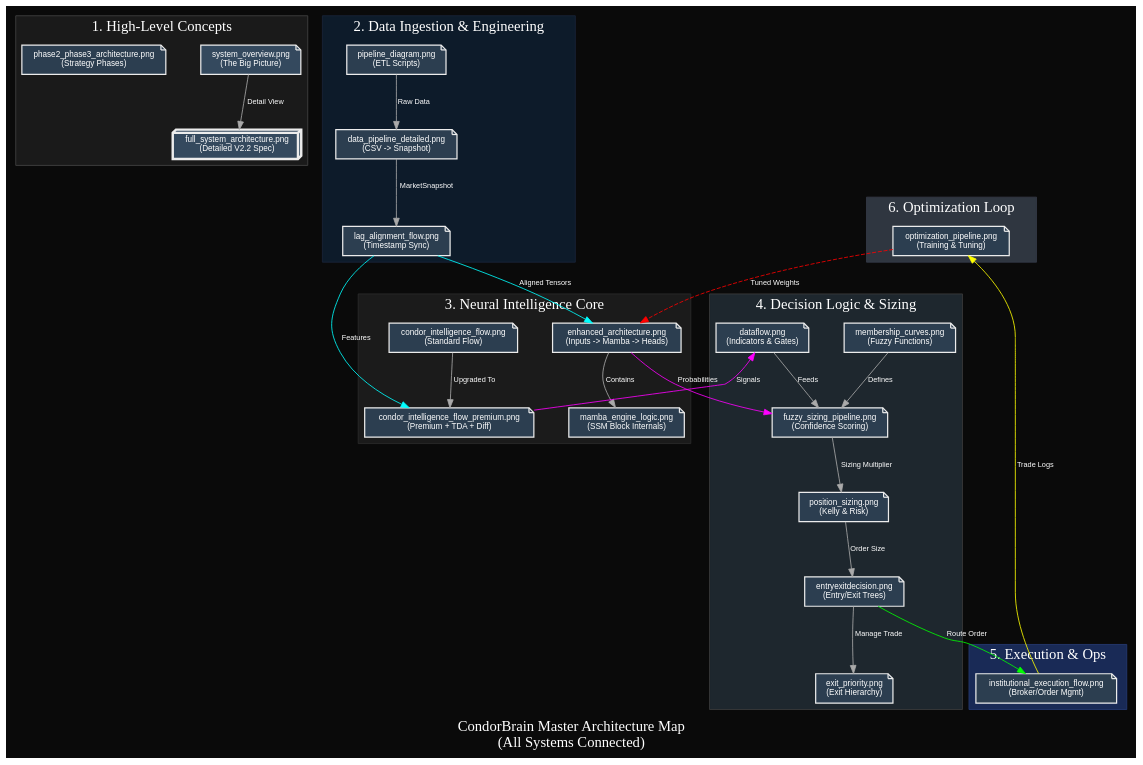
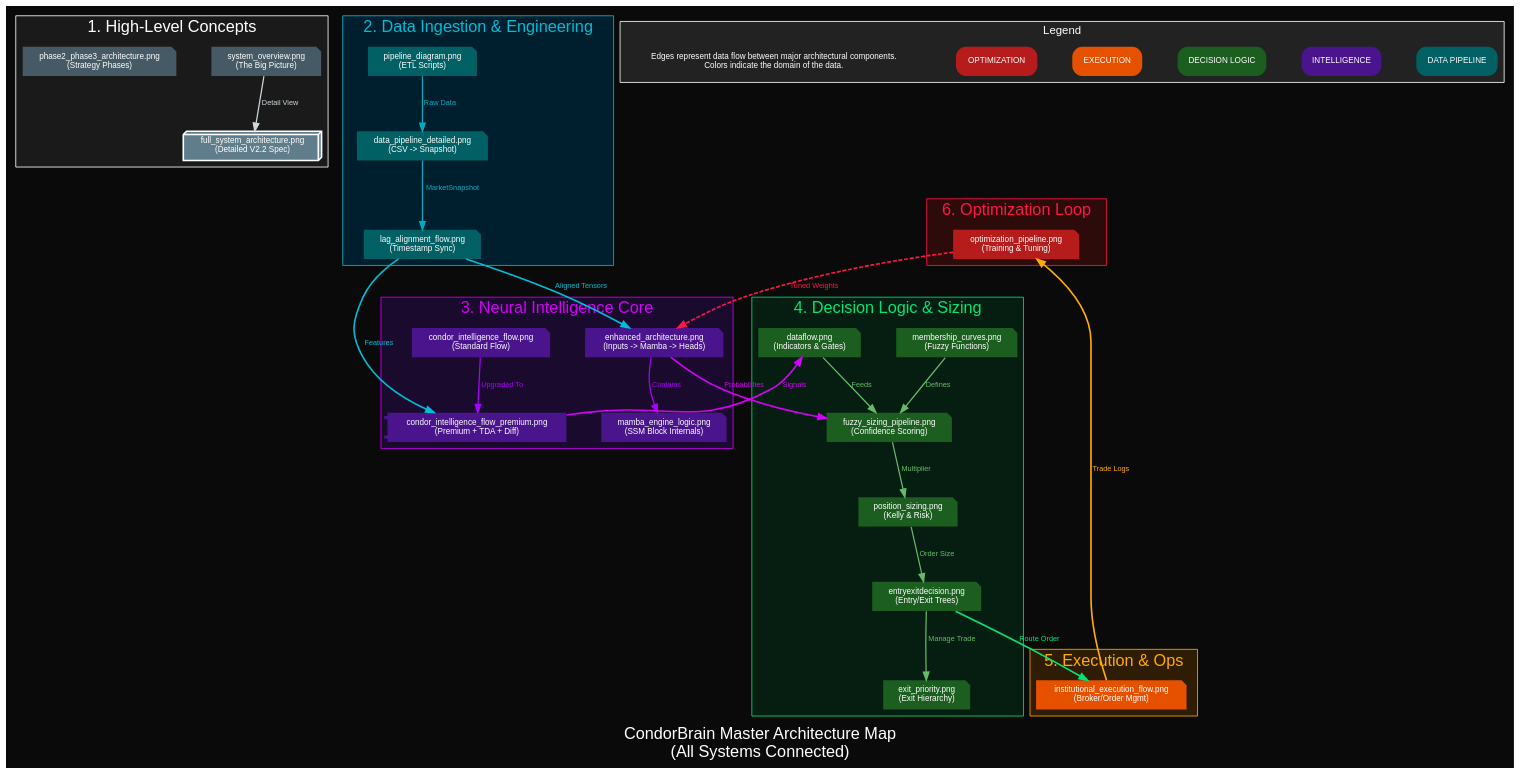
One commit to trextrader/spy-iron-condor-trading changed the diagram in docs/architecture/diagram_map.dot. Above: the diagram before and after it, drawn with Graphviz. The commit also changed 1 other file, not shown here.

Commit message:
Enhance Diagram Map with Color Coding and Legend

```diff
--- a/docs/architecture/diagram_map.dot
+++ b/docs/architecture/diagram_map.dot
@@ -1,144 +1,174 @@
 digraph DiagramMap {
     rankdir=TB;
     compound=true;
     nodesep=0.6;
     ranksep=0.8;
     bgcolor="#0a0a0a";
+    fontname="Helvetica";
     
     // Global Styling
-    node [shape=note, fontname="Helvetica", fontsize=10, style=filled, fillcolor="#2c3e50", fontcolor="white", color="#ececec", penwidth=1.5];
-    edge [fontname="Helvetica", fontsize=9, color="#aaaaaa", fontcolor="white"];
+    node [shape=note, fontname="Helvetica", fontsize=10, style="filled,rounded", fontcolor="white", penwidth=0, margin="0.2,0.1"];
+    edge [fontname="Helvetica", fontsize=9, penwidth=1.5];
     
     label = "CondorBrain Master Architecture Map\n(All Systems Connected)";
     fontcolor="white";
-    fontsize=18;
+    fontsize=20;
     
     // =========================================================================
-    // 1. HIGH-LEVEL OVERVIEW
+    // 1. HIGH-LEVEL OVERVIEW (White/Gray)
     // =========================================================================
     subgraph cluster_overview {
         label = "1. High-Level Concepts";
         style = filled;
         fillcolor = "#1a1a1a";
-        color = "#444444";
+        color = "#ffffff";
         fontcolor = "white";
         
-        d_sys_overview [label="system_overview.png\n(The Big Picture)", href="system_overview.png", fillcolor="#34495e"];
-        d_full [label="full_system_architecture.png\n(Detailed V2.2 Spec)", href="full_system_architecture.png", fillcolor="#34495e", shape=box3d, penwidth=3];
+        d_sys_overview [label="system_overview.png\n(The Big Picture)", href="system_overview.png", fillcolor="#455a64"];
+        d_full [label="full_system_architecture.png\n(Detailed V2.2 Spec)", href="full_system_architecture.png", fillcolor="#607d8b", shape=box3d, penwidth=2, color="white"];
+        d_phase23 [label="phase2_phase3_architecture.png\n(Strategy Phases)", href="phase2_phase3_architecture.png", fillcolor="#455a64"];
         
-        d_phase23 [label="phase2_phase3_architecture.png\n(Strategy Phases)", href="phase2_phase3_architecture.png"];
-        
-        d_sys_overview -> d_full [label="Detail View"];
+        d_sys_overview -> d_full [label="Detail View", color="#cfd8dc", fontcolor="#cfd8dc"];
     }
 
     // =========================================================================
-    // 2. DATA PIPELINE LAYER
+    // 2. DATA PIPELINE LAYER (Cyan/Blue)
     // =========================================================================
     subgraph cluster_data {
         label = "2. Data Ingestion & Engineering";
         style = filled;
-        fillcolor = "#0d1b2a";
-        color = "#1b263b";
-        fontcolor = "white";
+        fillcolor = "#001f2e"; // Very Dark Cyan
+        color = "#00bcd4";
+        fontcolor = "#00bcd4";
+        
+        node [fillcolor="#006064", fontcolor="white"]; // Cyan Nodes
         
         d_pipeline [label="pipeline_diagram.png\n(ETL Scripts)", href="pipeline_diagram.png"];
         d_data_detailed [label="data_pipeline_detailed.png\n(CSV -> Snapshot)", href="data_pipeline_detailed.png"];
         d_lag [label="lag_alignment_flow.png\n(Timestamp Sync)", href="lag_alignment_flow.png"];
         
-        d_pipeline -> d_data_detailed [label="Raw Data"];
-        d_data_detailed -> d_lag [label="MarketSnapshot"];
+        d_pipeline -> d_data_detailed [label="Raw Data", color="#00acc1", fontcolor="#00acc1"];
+        d_data_detailed -> d_lag [label="MarketSnapshot", color="#00acc1", fontcolor="#00acc1"];
     }
     
     // =========================================================================
-    // 3. INTELLIGENCE CORE (Mamba, Diffusion, TDA)
+    // 3. INTELLIGENCE CORE (Purple/Violet)
     // =========================================================================
     subgraph cluster_intel {
         label = "3. Neural Intelligence Core";
         style = filled;
-        fillcolor = "#1b1b1b";
-        color = "#2d2d2d";
-        fontcolor = "white";
+        fillcolor = "#1a0b2e"; // Very Dark Purple
+        color = "#d500f9";
+        fontcolor = "#d500f9";
+        
+        node [fillcolor="#4a148c", fontcolor="white"]; // Purple Nodes
         
         d_enhanced [label="enhanced_architecture.png\n(Inputs -> Mamba -> Heads)", href="enhanced_architecture.png"];
         d_mamba_logic [label="mamba_engine_logic.png\n(SSM Block Internals)", href="mamba_engine_logic.png"];
+        d_flow [label="condor_intelligence_flow.png\n(Standard Flow)", href="condor_intelligence_flow.png"];
+        d_flow_prem [label="condor_intelligence_flow_premium.png\n(Premium + TDA + Diff)", href="condor_intelligence_flow_premium.png", shape=component];
         
-        d_flow [label="condor_intelligence_flow.png\n(Standard Flow)", href="condor_intelligence_flow.png"];
-        d_flow_prem [label="condor_intelligence_flow_premium.png\n(Premium + TDA + Diff)", href="condor_intelligence_flow_premium.png"];
-        
-        d_enhanced -> d_mamba_logic [label="Contains"];
-        d_flow -> d_flow_prem [label="Upgraded To"];
+        d_enhanced -> d_mamba_logic [label="Contains", color="#aa00ff", fontcolor="#aa00ff"];
+        d_flow -> d_flow_prem [label="Upgraded To", color="#aa00ff", fontcolor="#aa00ff"];
     }
 
     // =========================================================================
-    // 4. LOGIC & DECISION LAYER (Fuzzy, Dataflow)
+    // 4. LOGIC & DECISION LAYER (Green/Emerald)
     // =========================================================================
     subgraph cluster_logic {
         label = "4. Decision Logic & Sizing";
         style = filled;
-        fillcolor = "#1e272e";
-        color = "#3d3d3d";
-        fontcolor = "white";
+        fillcolor = "#051e11"; // Very Dark Green
+        color = "#00e676";
+        fontcolor = "#00e676";
+        
+        node [fillcolor="#1b5e20", fontcolor="white"]; // Green Nodes
         
         d_dataflow [label="dataflow.png\n(Indicators & Gates)", href="dataflow.png"];
         d_fuzzy [label="fuzzy_sizing_pipeline.png\n(Confidence Scoring)", href="fuzzy_sizing_pipeline.png"];
         d_membership [label="membership_curves.png\n(Fuzzy Functions)", href="membership_curves.png"];
         d_pos_sizing [label="position_sizing.png\n(Kelly & Risk)", href="position_sizing.png"];
-        
         d_entry_exit [label="entryexitdecision.png\n(Entry/Exit Trees)", href="entryexitdecision.png"];
         d_exit_prio [label="exit_priority.png\n(Exit Hierarchy)", href="exit_priority.png"];
         
-        d_membership -> d_fuzzy [label="Defines"];
-        d_dataflow -> d_fuzzy [label="Feeds"];
-        d_fuzzy -> d_pos_sizing [label="Sizing Multiplier"];
-        d_pos_sizing -> d_entry_exit [label="Order Size"];
-        d_entry_exit -> d_exit_prio [label="Manage Trade"];
+        d_membership -> d_fuzzy [label="Defines", color="#66bb6a", fontcolor="#66bb6a"];
+        d_dataflow -> d_fuzzy [label="Feeds", color="#66bb6a", fontcolor="#66bb6a"];
+        d_fuzzy -> d_pos_sizing [label="Multiplier", color="#66bb6a", fontcolor="#66bb6a"];
+        d_pos_sizing -> d_entry_exit [label="Order Size", color="#66bb6a", fontcolor="#66bb6a"];
+        d_entry_exit -> d_exit_prio [label="Manage Trade", color="#66bb6a", fontcolor="#66bb6a"];
     }
 
     // =========================================================================
-    // 5. EXECUTION & OPERATIONS
+    // 5. EXECUTION & OPERATIONS (Orange/Gold)
     // =========================================================================
     subgraph cluster_exec {
         label = "5. Execution & Ops";
         style = filled;
-        fillcolor = "#192a56";
-        color = "#273c75";
-        fontcolor = "white";
+        fillcolor = "#2e1c05"; // Very Dark Orange
+        color = "#ffab00";
+        fontcolor = "#ffab00";
+        
+        node [fillcolor="#e65100", fontcolor="white"]; // Orange Nodes
         
         d_inst_exec [label="institutional_execution_flow.png\n(Broker/Order Mgmt)", href="institutional_execution_flow.png"];
     }
 
     // =========================================================================
-    // 6. OPTIMIZATION LOOP
+    // 6. OPTIMIZATION LOOP (Red/Rose)
     // =========================================================================
     subgraph cluster_opt {
         label = "6. Optimization Loop";
         style = filled;
-        fillcolor = "#2f3640";
-        color = "#353b48";
-        fontcolor = "white";
+        fillcolor = "#2e0b0b"; // Very Dark Red
+        color = "#ff1744";
+        fontcolor = "#ff1744";
+        
+        node [fillcolor="#b71c1c", fontcolor="white"]; // Red Nodes
         
         d_opt [label="optimization_pipeline.png\n(Training & Tuning)", href="optimization_pipeline.png"];
     }
     
     // =========================================================================
-    // CONNECTIONS BETWEEN CLUSTERS
+    // LEGEND
+    // =========================================================================
+    subgraph cluster_legend {
+        label="Legend";
+        fontsize=14;
+        style=filled;
+        fillcolor="#222222";
+        color="white";
+        fontcolor="white";
+        
+        {rank=same; leg_data; leg_intel; leg_logic; leg_exec; leg_opt}
+        
+        leg_data [label="DATA PIPELINE", fillcolor="#006064", shape=rect];
+        leg_intel [label="INTELLIGENCE", fillcolor="#4a148c", shape=rect];
+        leg_logic [label="DECISION LOGIC", fillcolor="#1b5e20", shape=rect];
+        leg_exec [label="EXECUTION", fillcolor="#e65100", shape=rect];
+        leg_opt [label="OPTIMIZATION", fillcolor="#b71c1c", shape=rect];
+        
+        leg_desc [label="Edges represent data flow between major architectural components.\nColors indicate the domain of the data.", shape=plaintext, fillcolor=none];
+    }
+    
+    // =========================================================================
+    // CONNECTIONS BETWEEN CLUSTERS (Multicolored)
     // =========================================================================
     
-    // Data -> Intel
-    d_lag -> d_enhanced [label="Aligned Tensors", color="cyan"];
-    d_lag -> d_flow_prem [label="Features", color="cyan"];
+    // Data -> Intel (Cyan Edge)
+    d_lag -> d_enhanced [label="Aligned Tensors", color="#00bcd4", fontcolor="#00bcd4", penwidth=2];
+    d_lag -> d_flow_prem [label="Features", color="#00bcd4", fontcolor="#00bcd4", penwidth=2];
     
-    // Intel -> Logic
-    d_enhanced -> d_fuzzy [label="Probabilities", color="magenta"];
-    d_flow_prem -> d_dataflow [label="Signals", color="magenta"];
+    // Intel -> Logic (Purple Edge)
+    d_enhanced -> d_fuzzy [label="Probabilities", color="#d500f9", fontcolor="#d500f9", penwidth=2];
+    d_flow_prem -> d_dataflow [label="Signals", color="#d500f9", fontcolor="#d500f9", penwidth=2];
     
-    // Logic -> Exec
-    d_entry_exit -> d_inst_exec [label="Route Order", color="lime"];
+    // Logic -> Exec (Green Edge)
+    d_entry_exit -> d_inst_exec [label="Route Order", color="#00e676", fontcolor="#00e676", penwidth=2];
     
-    // Exec -> Opt
-    d_inst_exec -> d_opt [label="Trade Logs", color="yellow"];
+    // Exec -> Opt (Orange Edge)
+    d_inst_exec -> d_opt [label="Trade Logs", color="#ffab00", fontcolor="#ffab00", penwidth=2];
     
-    // Opt -> Intel (Feedback)
-    d_opt -> d_enhanced [label="Tuned Weights", color="red", style=dashed];
+    // Opt -> Intel (Red Edge - Feedback)
+    d_opt -> d_enhanced [label="Tuned Weights", color="#ff1744", fontcolor="#ff1744", penwidth=2, style=dashed];
 
 }
```
